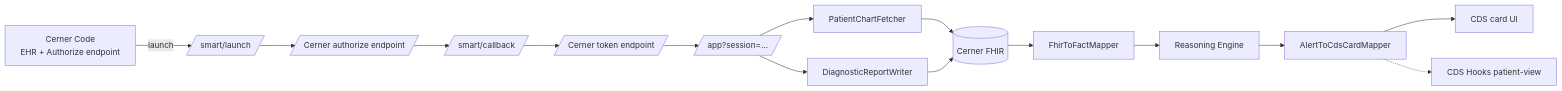
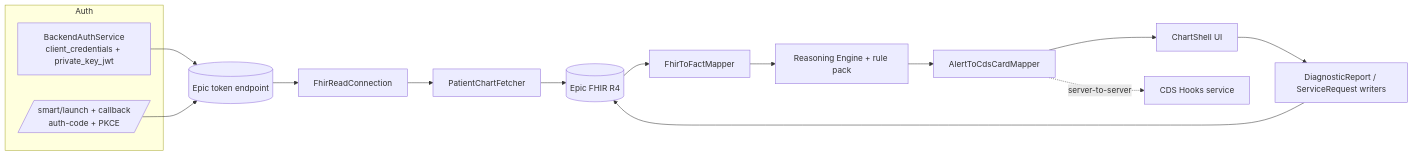
Before and after one commit to toddegray/chiron-cds-spike: the diagram in README.md, drawn with Mermaid. The commit also changed other lines of this file, not shown here.

First line of the commit message:
docs: rewrite README for the current Epic-backed build

````diff
--- a/README.md
+++ b/README.md
@@ -72,17 +81,19 @@
 ```mermaid
 flowchart LR
-  EHR[Cerner Code<br/>EHR + Authorize endpoint] -->|launch| Launch[/smart/launch/]
-  Launch --> Authz[/Cerner authorize endpoint/]
-  Authz --> Callback[/smart/callback/]
-  Callback --> Token[/Cerner token endpoint/]
-  Token --> App[/app?session=…/]
-  App --> Fetcher[PatientChartFetcher]
-  Fetcher --> Fhir[(Cerner FHIR)]
+  subgraph Auth
+    Backend[BackendAuthService<br/>client_credentials + private_key_jwt]
+    Launch[/smart/launch + callback<br/>auth-code + PKCE/]
+  end
+  Backend --> Token[(Epic token endpoint)]
+  Launch --> Token
+  Token --> Conn[FhirReadConnection]
+  Conn --> Fetcher[PatientChartFetcher]
+  Fetcher --> Fhir[(Epic FHIR R4)]
   Fhir --> Mapper[FhirToFactMapper]
-  Mapper --> Engine[Reasoning Engine]
-  Engine --> CardMapper[AlertToCdsCardMapper]
-  CardMapper --> UI[CDS card UI]
-  CardMapper -.-> CDS[CDS Hooks patient-view]
-  App --> Writer[DiagnosticReportWriter]
+  Mapper --> Engine[Reasoning Engine + rule pack]
+  Engine --> Cards[AlertToCdsCardMapper]
+  Cards --> Shell[ChartShell UI]
+  Cards -.->|server-to-server| Hooks[CDS Hooks service]
+  Shell --> Writer[DiagnosticReport / ServiceRequest writers]
   Writer --> Fhir
 ```
````
